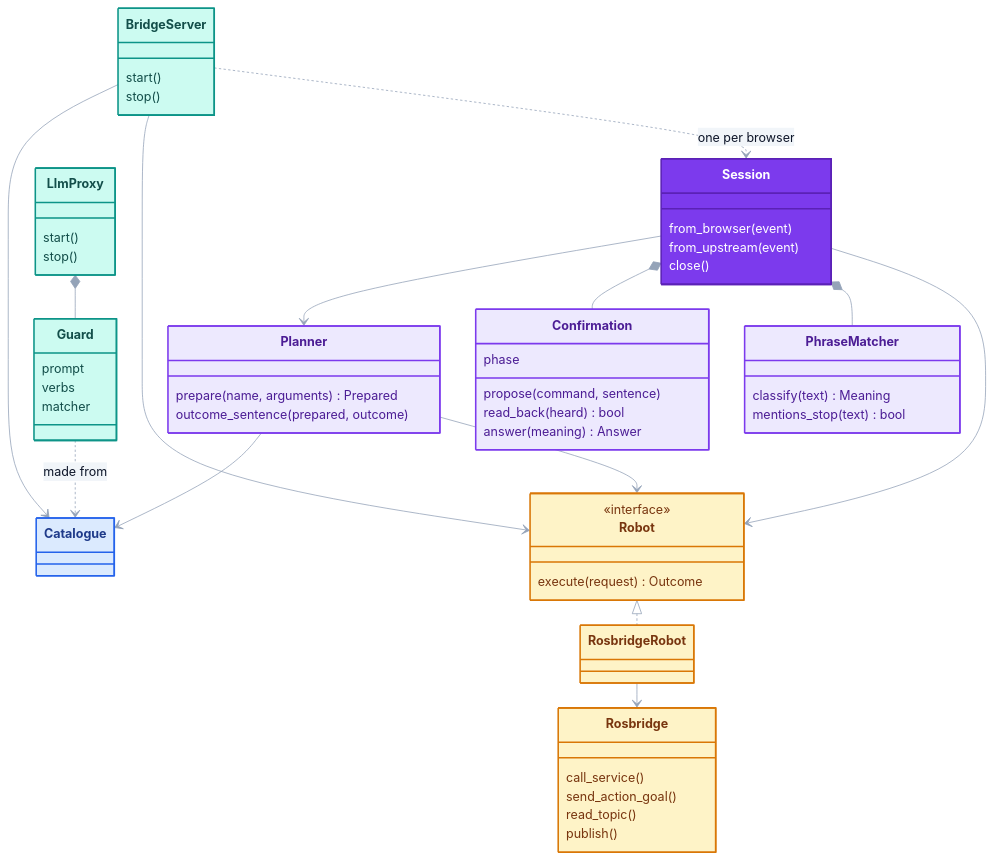
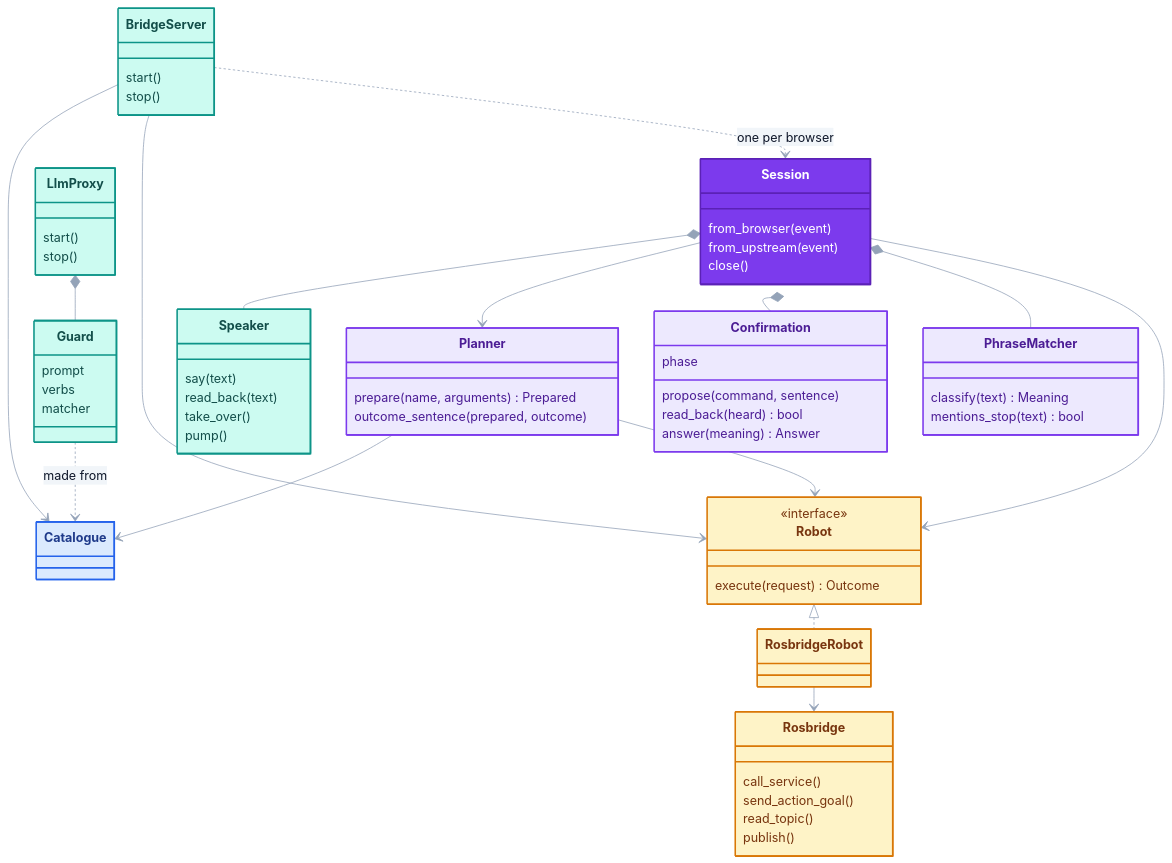
Before and after one commit to kineticsystem/stepit-speech: the diagram in docs/diagrams/objects.mmd, drawn with Mermaid. The commit also changed 56 other files, not shown here.

```diff
--- a/docs/diagrams/objects.mmd
+++ b/docs/diagrams/objects.mmd
@@ -1,119 +1,127 @@
 ---
 config:
   theme: base
   fontFamily: "Arial, Helvetica, sans-serif"
   flowchart:
     curve: basis
     padding: 12
     nodeSpacing: 46
     rankSpacing: 32
     subGraphTitleMargin:
       top: 4
       bottom: 10
   class:
     padding: 10
   themeVariables:
     lineColor: "#94a3b8"
     textColor: "#64748b"
     primaryColor: "#f1f5f9"
     primaryBorderColor: "#64748b"
     primaryTextColor: "#0f172a"
     secondaryColor: "#f1f5f9"
     secondaryBorderColor: "#64748b"
     secondaryTextColor: "#0f172a"
     tertiaryColor: "#f1f5f9"
     tertiaryBorderColor: "#64748b"
     tertiaryTextColor: "#0f172a"
     mainBkg: "#f1f5f9"
     nodeBorder: "#64748b"
     nodeTextColor: "#0f172a"
     classText: "#0f172a"
     clusterBkg: "transparent"
     clusterBorder: "#94a3b8"
     titleColor: "#64748b"
     edgeLabelBackground: "#ffffff"
   themeCSS: >
     svg, .label, .nodeLabel, .edgeLabel, foreignObject div { font-family: Arial, Helvetica, sans-serif; }
     .node rect, .node polygon, .node path {
       filter: drop-shadow(0 3px 6px rgba(15, 23, 42, 0.18));
     }
     .node rect { rx: 14px; ry: 14px; }
     .cluster rect { rx: 18px; ry: 18px; }
     .edgeLabel, .edgeLabel p, .edgeLabel span {
       background: #ffffff; color: #475569; border-radius: 999px;
     }
     .edgeLabel p { padding: 3px 10px; }
     .labelBkg { background: transparent !important; fill: none !important; }
 ---
 classDiagram
     direction TB
     class BridgeServer {
         start()
         stop()
     }
     class Session {
         from_browser(event)
         from_upstream(event)
         close()
     }
+    class Speaker {
+        say(text)
+        read_back(text)
+        take_over()
+        pump()
+    }
     class Planner {
         prepare(name, arguments) Prepared
         outcome_sentence(prepared, outcome)
     }
     class Confirmation {
         phase
         propose(command, sentence)
         read_back(heard) bool
         answer(meaning) Answer
     }
     class PhraseMatcher {
         classify(text) Meaning
         mentions_stop(text) bool
     }
     class Robot {
         <<interface>>
         execute(request) Outcome
     }
     class RosbridgeRobot
     class Rosbridge {
         call_service()
         send_action_goal()
         read_topic()
         publish()
     }
     class Catalogue
     class LlmProxy {
         start()
         stop()
     }
     class Guard {
         prompt
         verbs
         matcher
     }
 
     BridgeServer --> Catalogue
     LlmProxy *-- Guard
     Guard ..> Catalogue : made from
     BridgeServer --> Robot
     BridgeServer ..> Session : one per browser
+    Session *-- Speaker
     Session --> Planner
     Session *-- Confirmation
     Session *-- PhraseMatcher
     Session --> Robot
     Planner --> Catalogue
     Planner --> Robot
     Robot <|.. RosbridgeRobot
     RosbridgeRobot --> Rosbridge
 
     style BridgeServer fill:#ccfbf1,stroke:#0d9488,stroke-width:2px,color:#134e4a
     style LlmProxy fill:#ccfbf1,stroke:#0d9488,stroke-width:2px,color:#134e4a
     style Guard fill:#ccfbf1,stroke:#0d9488,stroke-width:2px,color:#134e4a
     style Session fill:#7c3aed,stroke:#5b21b6,stroke-width:2px,color:#ffffff
+    style Speaker fill:#ccfbf1,stroke:#0d9488,stroke-width:2px,color:#134e4a
     style Planner fill:#ede9fe,stroke:#7c3aed,stroke-width:2px,color:#4c1d95
     style Confirmation fill:#ede9fe,stroke:#7c3aed,stroke-width:2px,color:#4c1d95
     style PhraseMatcher fill:#ede9fe,stroke:#7c3aed,stroke-width:2px,color:#4c1d95
     style Robot fill:#fef3c7,stroke:#d97706,stroke-width:2px,color:#78350f
     style RosbridgeRobot fill:#fef3c7,stroke:#d97706,stroke-width:2px,color:#78350f
     style Rosbridge fill:#fef3c7,stroke:#d97706,stroke-width:2px,color:#78350f
     style Catalogue fill:#dbeafe,stroke:#2563eb,stroke-width:2px,color:#1e3a8a
```
